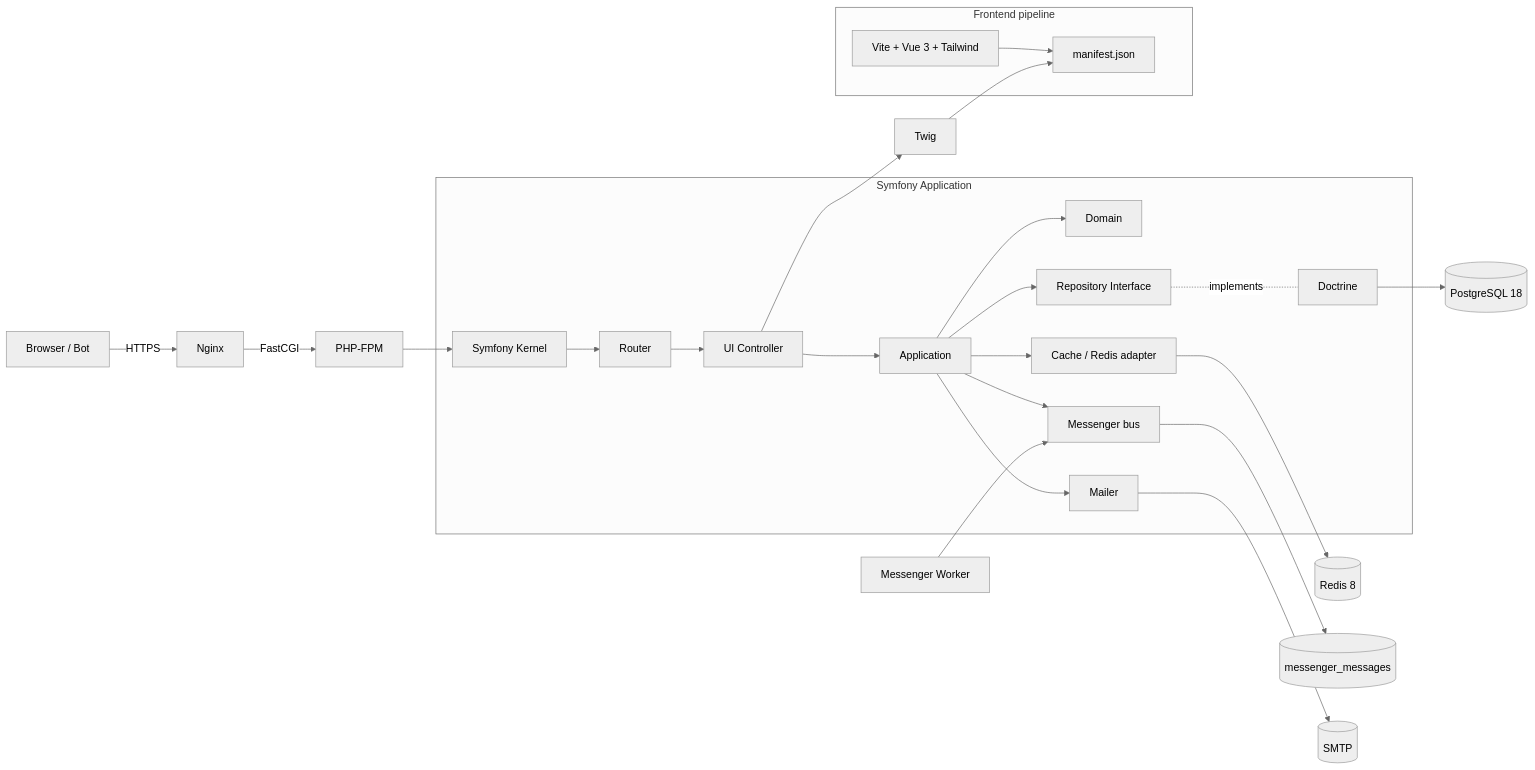
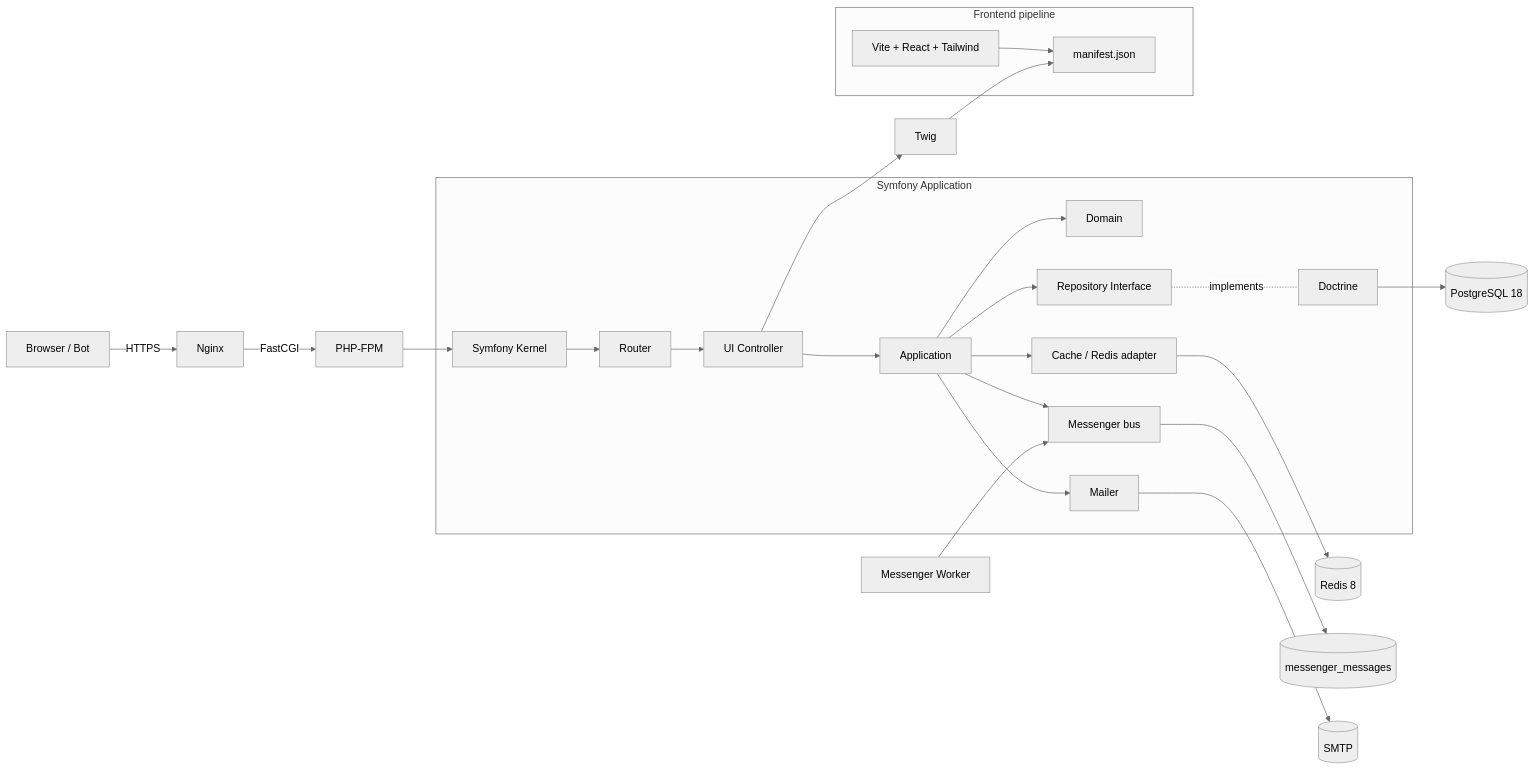
Before and after one commit to ariestop/zaborprofil: the first of 9 diagrams in docs/02-architecture.md, drawn with Mermaid (neutral theme). The commit also changed other lines of this file and 211 other files, not shown here.

````diff
--- a/docs/02-architecture.md
+++ b/docs/02-architecture.md
@@ -14,30 +14,30 @@
 ```mermaid
 flowchart LR
     Browser[Browser / Bot] -->|HTTPS| Nginx
     Nginx -->|FastCGI| PhpFpm[PHP-FPM]
     PhpFpm --> Kernel[Symfony Kernel]
 
     subgraph App[Symfony Application]
         Kernel --> Router
         Router --> Controller[UI Controller]
         Controller --> Application
         Application --> Domain
         Application --> RepoIface[Repository Interface]
         RepoIface -.implements.- Doctrine
         Application --> CacheIface[Cache / Redis adapter]
         Application --> Mailer[Mailer]
         Application --> Bus[Messenger bus]
     end
 
     Doctrine --> Postgres[(PostgreSQL 18)]
     CacheIface --> Redis[(Redis 8)]
     Bus --> DoctrineQueue[(messenger_messages)]
     Mailer --> SMTP[(SMTP)]
     Worker[Messenger Worker] --> Bus
 
     subgraph FrontPipeline[Frontend pipeline]
-        Vite[Vite + Vue 3 + Tailwind] --> Manifest[manifest.json]
+        Vite[Vite + React + Tailwind] --> Manifest[manifest.json]
     end
     Controller --> Twig
     Twig --> Manifest
 ```
````
